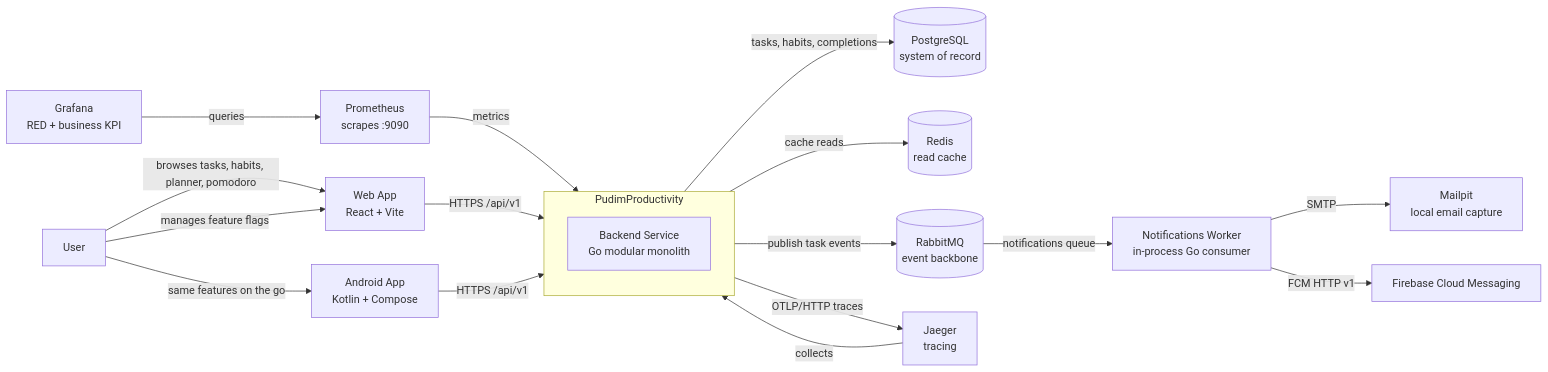
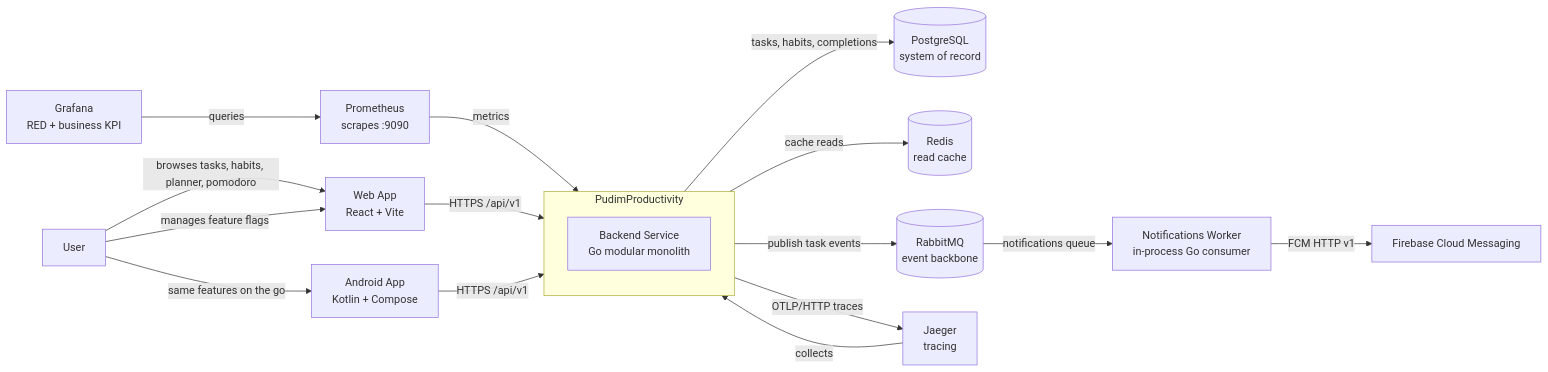
Before and after one commit to diegobraga92/PudimProductivity: the diagram in docs/architecture/c4-system-context.md, drawn with Mermaid. The commit also changed other lines of this file and 10 other files, not shown here.

````diff
--- a/docs/architecture/c4-system-context.md
+++ b/docs/architecture/c4-system-context.md
@@ -9,27 +9,26 @@
 ```mermaid
 flowchart LR
     U[User] -->|"browses tasks, habits, planner, pomodoro"| WEB[Web App<br/>React + Vite]
     U -->|"same features on the go"| MOB[Android App<br/>Kotlin + Compose]
     U -->|"manages feature flags"| WEB
 
     WEB -->|"HTTPS /api/v1"| SYS
     MOB -->|"HTTPS /api/v1"| SYS
 
     subgraph SYS [PudimProductivity]
         direction TB
         API[Backend Service<br/>Go modular monolith]
     end
 
     API -->|"tasks, habits, completions"| PG[(PostgreSQL<br/>system of record)]
     API -->|"cache reads"| REDIS[(Redis<br/>read cache)]
     API -->|"publish task events"| AMQP[(RabbitMQ<br/>event backbone)]
     API -->|"OTLP/HTTP traces"| JAEGER[Jaeger<br/>tracing]
 
     AMQP -->|"notifications queue"| WORKER[Notifications Worker<br/>in-process Go consumer]
-    WORKER -->|"SMTP"| MAILPIT[Mailpit<br/>local email capture]
     WORKER -->|"FCM HTTP v1"| FCM[Firebase Cloud Messaging]
 
     PROM[Prometheus<br/>scrapes :9090] -->|"metrics"| API
     GRAFANA[Grafana<br/>RED + business KPI] -->|"queries"| PROM
     JAEGER -->|"collects"| API
 ```
````
